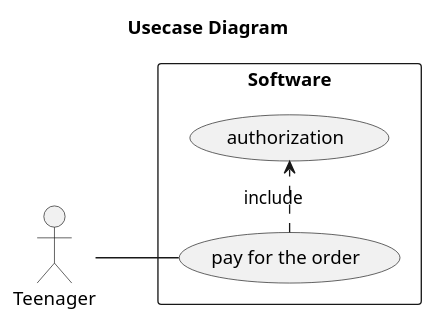
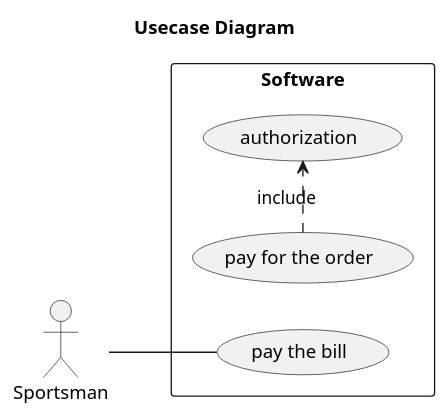
One commit to oleksandrblazhko/ai-216-zaporozhchenko changed the diagram in 2-SoftwareDesign/2.7-PlantUML/UML-UseCase.puml. Above: the diagram before and after it, drawn with PlantUML.

```diff
--- a/2-SoftwareDesign/2.7-PlantUML/UML-UseCase.puml
+++ b/2-SoftwareDesign/2.7-PlantUML/UML-UseCase.puml
@@ -1,18 +1,18 @@
 @startuml
 
 title Usecase Diagram
 
 left to right direction
 
-actor Teenager
+actor Sportsman
 
 rectangle Software {
 
-    usecase (pay for the order)
+    usecase (pay the bill)
     usecase (authorization)
 
-   :Teenager: -- (pay for the order)
+   :Sportsman: -- (pay the bill)
    (pay for the order) .> (authorization) : include
 }
 
 @enduml
```
